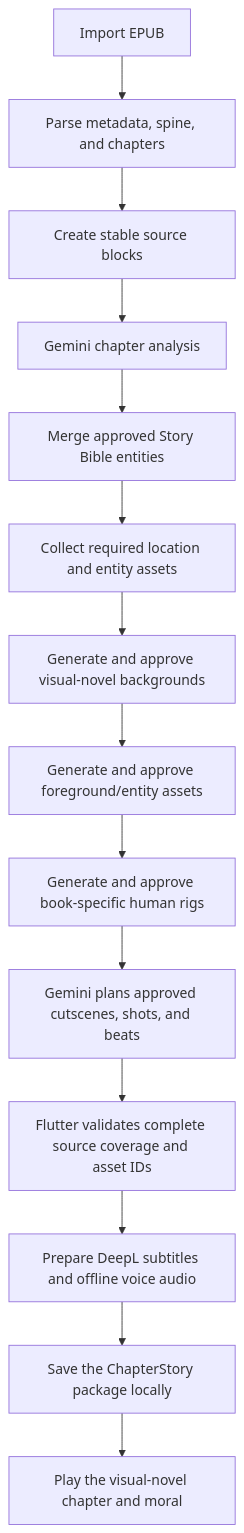
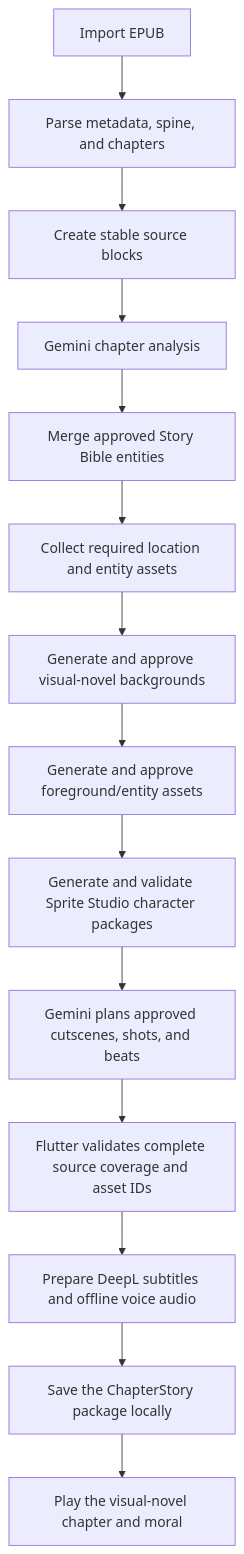
The diagram in docs/ROADMAP.md (Jbeloz/StoryTale), drawn with Mermaid before and after one commit. The commit also changed other lines of this file and 7 other files, not shown here.

````diff
--- a/docs/ROADMAP.md
+++ b/docs/ROADMAP.md
@@ -33,16 +33,16 @@
 ```mermaid
 flowchart TD
     A["Import EPUB"] --> B["Parse metadata, spine, and chapters"]
     B --> C["Create stable source blocks"]
     C --> D["Gemini chapter analysis"]
     D --> E["Merge approved Story Bible entities"]
     E --> F["Collect required location and entity assets"]
     F --> G["Generate and approve visual-novel backgrounds"]
     G --> H["Generate and approve foreground/entity assets"]
-    H --> I["Generate and approve book-specific human rigs"]
+    H --> I["Generate and validate Sprite Studio character packages"]
     I --> J["Gemini plans approved cutscenes, shots, and beats"]
     J --> K["Flutter validates complete source coverage and asset IDs"]
     K --> L["Prepare DeepL subtitles and offline voice audio"]
     L --> M["Save the ChapterStory package locally"]
     M --> N["Play the visual-novel chapter and moral"]
 ```
````
